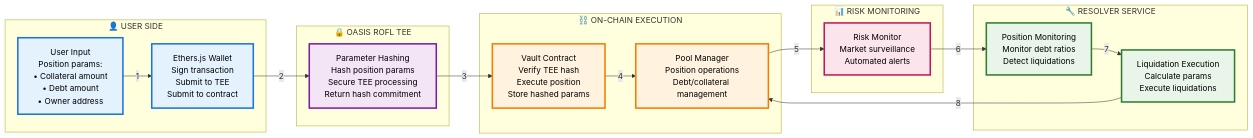
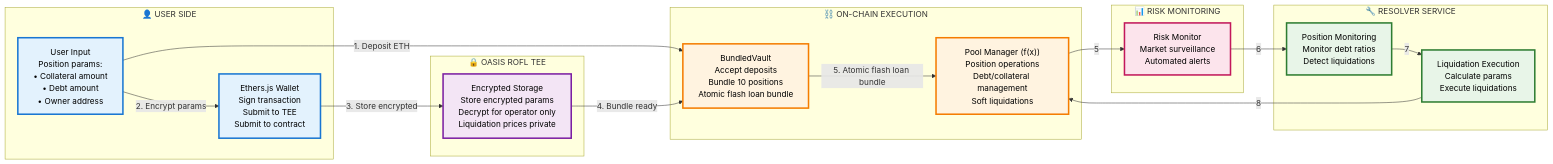
The fifth of 5 diagrams in mermaid/shadow-splitter-v2.md (arseneeth/shayd), drawn with Mermaid before and after one commit. The commit also changed other lines of this file and 22 other files, not shown here.

````diff
--- a/mermaid/shadow-splitter-v2.md
+++ b/mermaid/shadow-splitter-v2.md
@@ -145,50 +164,51 @@
 ```mermaid
 graph LR
     subgraph USER["👤 USER SIDE"]
         A["User Input<br/>Position params:<br/>• Collateral amount<br/>• Debt amount<br/>• Owner address"]
         B["Ethers.js Wallet<br/>Sign transaction<br/>Submit to TEE<br/>Submit to contract"]
     end
     
     subgraph TEE["🔒 OASIS ROFL TEE"]
-        C["Parameter Hashing<br/>Hash position params<br/>Secure TEE processing<br/>Return hash commitment"]
+        C["Encrypted Storage<br/>Store encrypted params<br/>Decrypt for operator only<br/>Liquidation prices private"]
     end
     
     subgraph ONCHAIN["⛓️ ON-CHAIN EXECUTION"]
-        D["Vault Contract<br/>Verify TEE hash<br/>Execute position<br/>Store hashed params"]
-        E["Pool Manager<br/>Position operations<br/>Debt/collateral management"]
+        D["BundledVault<br/>Accept deposits<br/>Bundle 10 positions<br/>Atomic flash loan bundle"]
+        E["Pool Manager (f(x))<br/>Position operations<br/>Debt/collateral management<br/>Soft liquidations"]
     end
     
     subgraph RESOLVER["🔧 RESOLVER SERVICE"]
         F["Position Monitoring<br/>Monitor debt ratios<br/>Detect liquidations"]
         G["Liquidation Execution<br/>Calculate params<br/>Execute liquidations"]
     end
     
     subgraph MONITORING["📊 RISK MONITORING"]
         H["Risk Monitor<br/>Market surveillance<br/>Automated alerts"]
     end
     
     %% Main flow
-    A -->|"1"| B
-    B -->|"2"| C
-    C -->|"3"| D
-    D -->|"4"| E
+    A -->|"1. Deposit ETH"| D
+    A -->|"2. Encrypt params"| B
+    B -->|"3. Store encrypted"| C
+    C -->|"4. Bundle ready"| D
+    D -->|"5. Atomic flash loan bundle"| E
     
     %% Monitoring flow
     E -->|"5"| H
     H -->|"6"| F
     F -->|"7"| G
     G -->|"8"| E
     
     %% Styling
     classDef userStyle fill:#e3f2fd,stroke:#1976d2,stroke-width:3px,color:#000
     classDef teeStyle fill:#f3e5f5,stroke:#7b1fa2,stroke-width:3px,color:#000
     classDef onchainStyle fill:#fff3e0,stroke:#f57c00,stroke-width:3px,color:#000
     classDef resolverStyle fill:#e8f5e8,stroke:#2e7d32,stroke-width:3px,color:#000
     classDef monitoringStyle fill:#fce4ec,stroke:#c2185b,stroke-width:3px,color:#000
     
     class A,B userStyle
     class C teeStyle
     class D,E onchainStyle
     class F,G resolverStyle
     class H monitoringStyle
 ```
````
